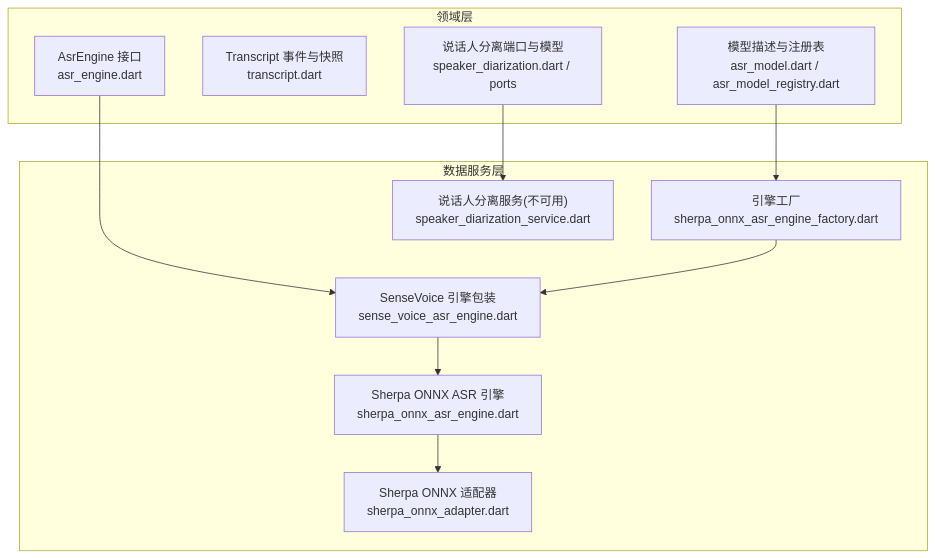
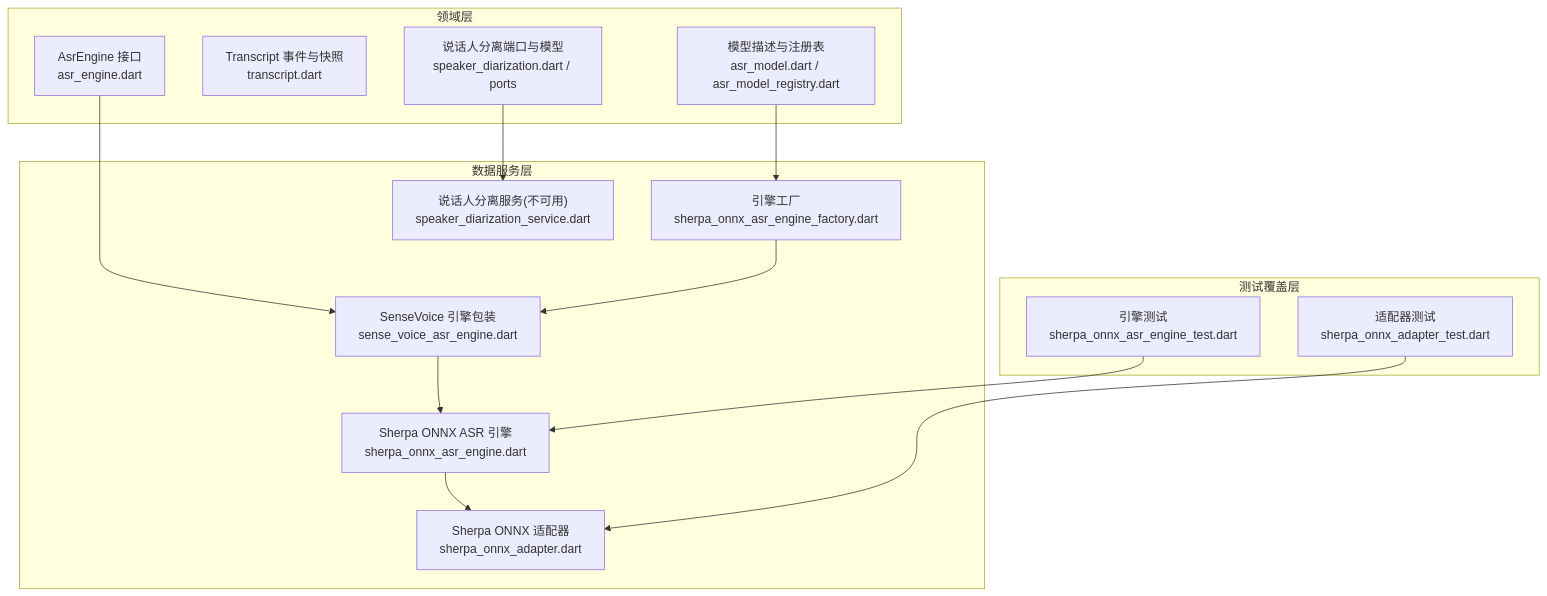
Before and after one commit to zhangheng2022/meet_trace: the first of 8 diagrams in .qoder/repowiki/zh/content/核心功能模块/语音识别系统.md, drawn with Mermaid. The commit also changed other lines of this file and 111 other files, not shown here.

````diff
--- a/.qoder/repowiki/zh/content/核心功能模块/语音识别系统.md
+++ b/.qoder/repowiki/zh/content/核心功能模块/语音识别系统.md
@@ -40,22 +52,28 @@
 ```mermaid
 graph TB
 subgraph "领域层"
 A["AsrEngine 接口<br/>asr_engine.dart"]
 B["Transcript 事件与快照<br/>transcript.dart"]
 C["模型描述与注册表<br/>asr_model.dart / asr_model_registry.dart"]
 D["说话人分离端口与模型<br/>speaker_diarization.dart / ports"]
 end
 subgraph "数据服务层"
 E["SenseVoice 引擎包装<br/>sense_voice_asr_engine.dart"]
 F["Sherpa ONNX 适配器<br/>sherpa_onnx_adapter.dart"]
 G["Sherpa ONNX ASR 引擎<br/>sherpa_onnx_asr_engine.dart"]
 H["引擎工厂<br/>sherpa_onnx_asr_engine_factory.dart"]
 I["说话人分离服务(不可用)<br/>speaker_diarization_service.dart"]
 end
+subgraph "测试覆盖层"
+J["引擎测试<br/>sherpa_onnx_asr_engine_test.dart"]
+K["适配器测试<br/>sherpa_onnx_adapter_test.dart"]
+end
 A --> E
 E --> G
 G --> F
 C --> H
 H --> E
 D --> I
+J --> G
+K --> F
 ```
````
